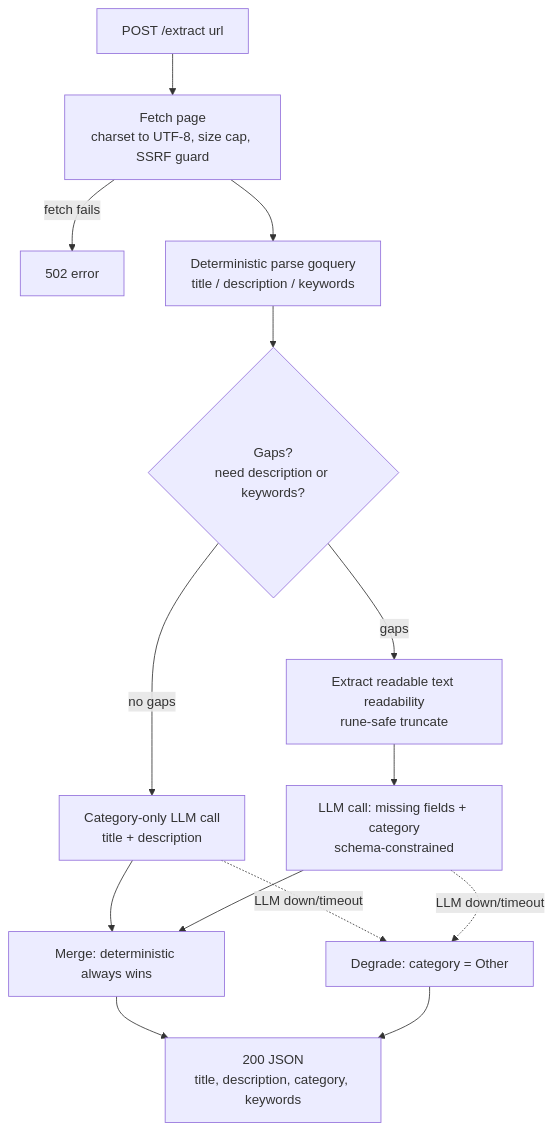
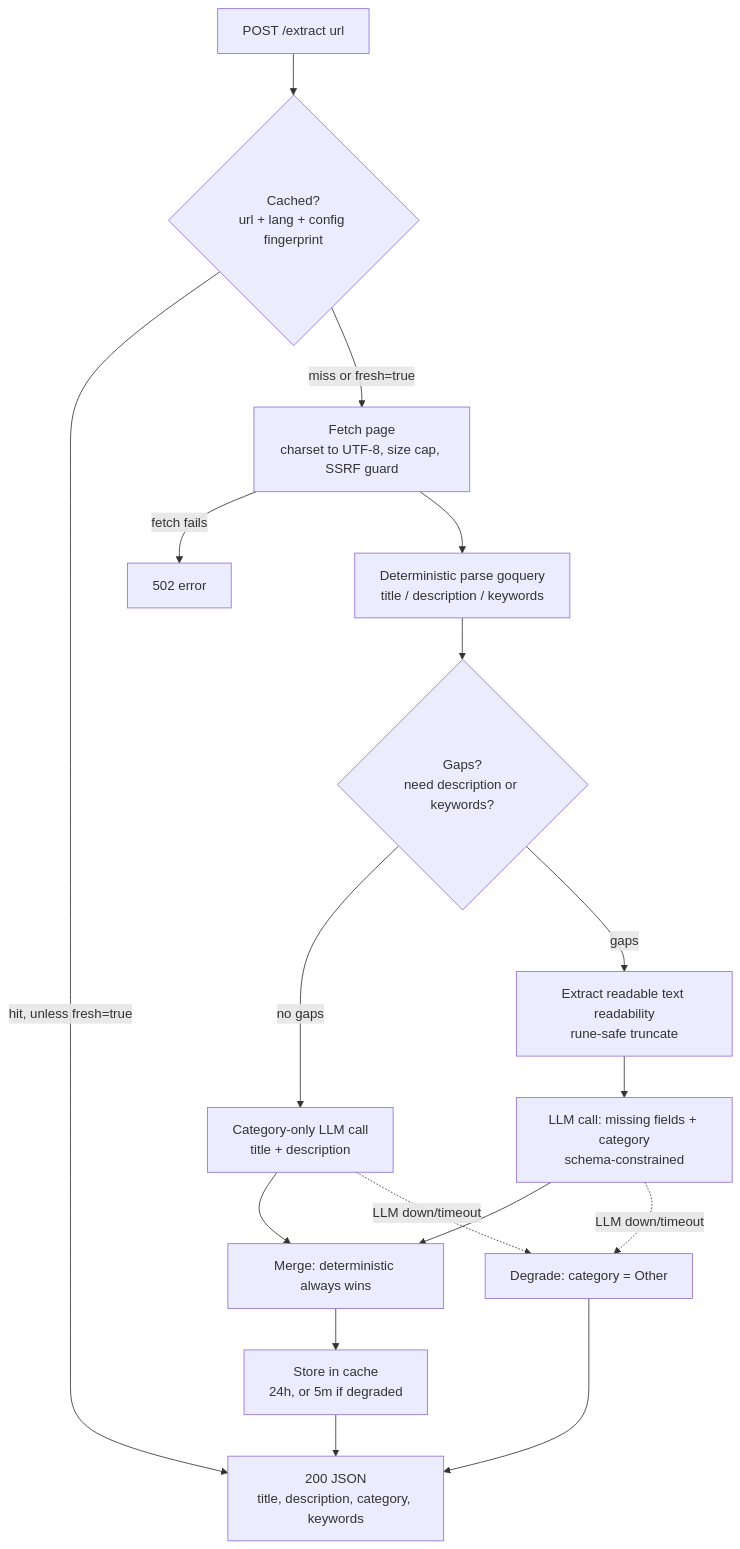
One commit to t0mer/linkmeta changed the first of 2 diagrams in README.md. Above: the diagram before and after it, drawn with Mermaid. The commit also changed other lines of this file, not shown here.

Commit message:
docs: show cache in the flow diagram and troubleshooting

````diff
--- a/README.md
+++ b/README.md
@@ -30,16 +30,20 @@
 ```mermaid
 flowchart TD
-    A[POST /extract url] --> B[Fetch page<br/>charset to UTF-8, size cap, SSRF guard]
+    A[POST /extract url] --> K{Cached?<br/>url + lang + config fingerprint}
+    K -->|hit, unless fresh=true| I
+    K -->|miss or fresh=true| B
+    B[Fetch page<br/>charset to UTF-8, size cap, SSRF guard]
     B -->|fetch fails| E[502 error]
     B --> C[Deterministic parse goquery<br/>title / description / keywords]
     C --> D{Gaps?<br/>need description or keywords?}
     D -->|no gaps| G[Category-only LLM call<br/>title + description]
     D -->|gaps| F[Extract readable text readability<br/>rune-safe truncate]
     F --> G2[LLM call: missing fields + category<br/>schema-constrained]
     G --> H[Merge: deterministic always wins]
     G2 --> H
-    H --> I[200 JSON<br/>title, description, category, keywords]
+    H --> S[Store in cache<br/>24h, or 5m if degraded]
+    S --> I[200 JSON<br/>title, description, category, keywords]
     G -.->|LLM down/timeout| J[Degrade: category = Other]
     G2 -.->|LLM down/timeout| J
     J --> I
 ```
````
